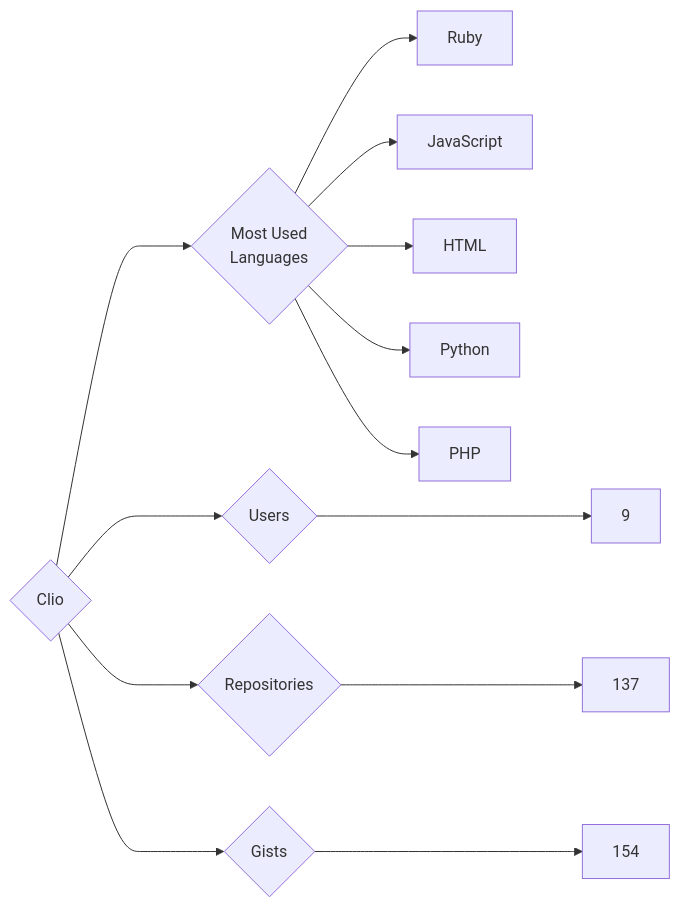
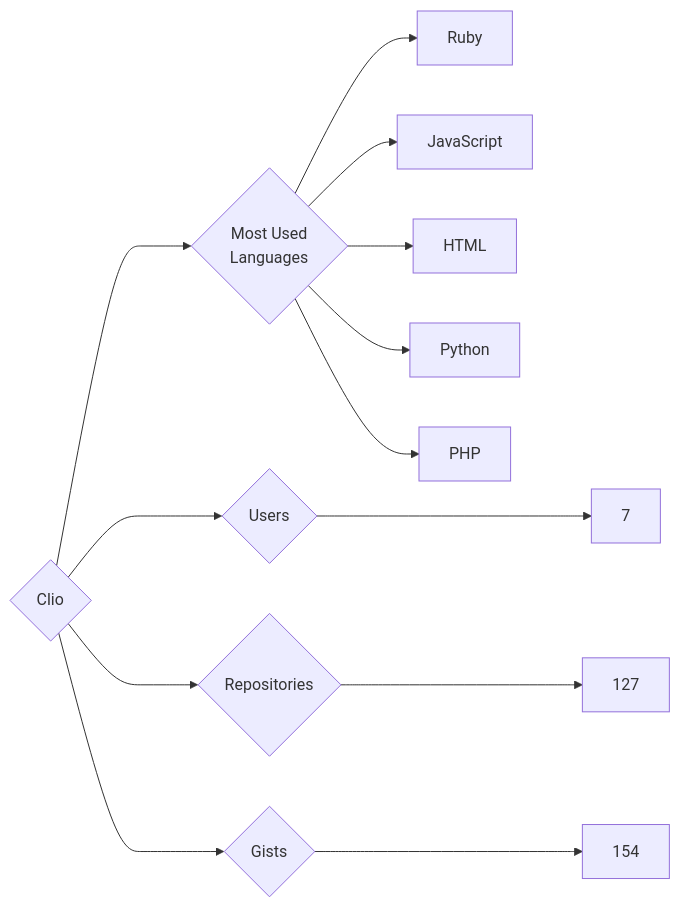
The diagram in targets/Clio/README.md (trickest/insiders), drawn with Mermaid before and after one commit. The commit also changed 914 other files, not shown here.

````diff
--- a/targets/Clio/README.md
+++ b/targets/Clio/README.md
@@ -3,13 +3,13 @@
 ```mermaid
 graph LR
 COMPANY_NAME{Clio}
-COMPANY_NAME ---> U{Users} ---> UN[9]
-COMPANY_NAME ---> R{Repositories} ---> RN[137]
+COMPANY_NAME ---> U{Users} ---> UN[7]
+COMPANY_NAME ---> R{Repositories} ---> RN[127]
 COMPANY_NAME ---> G{Gists} ---> GN[154]
 COMPANY_NAME ---> ML{Most Used<br>Languages}
 ML --> Ruby[Ruby]
 ML --> JavaScript[JavaScript]
 ML --> HTML[HTML]
 ML --> Python[Python]
 ML --> PHP[PHP]
 ```
````
